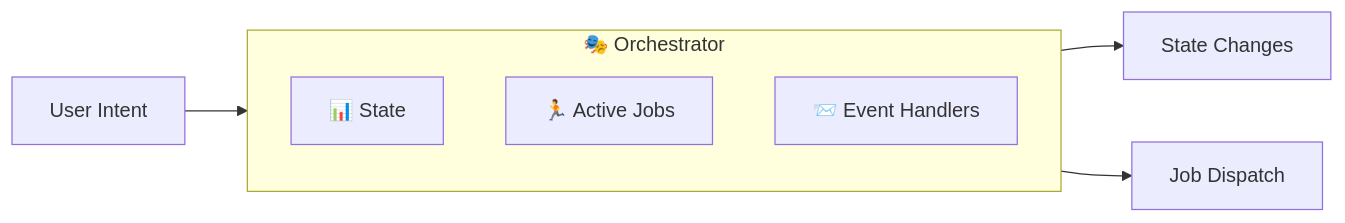
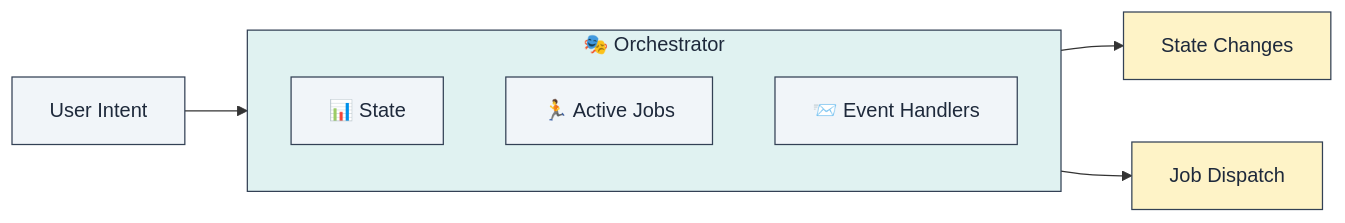
Before and after one commit to lploc94/flutter_orchestrator: the fifth of 11 diagrams in book/chapters/02_architecture_concepts.md, drawn with Mermaid. The commit also changed other lines of this file and 3 other files, not shown here.

````diff
--- a/book/chapters/02_architecture_concepts.md
+++ b/book/chapters/02_architecture_concepts.md
@@ -154,12 +169,20 @@
 ```mermaid
 graph LR
     subgraph Orchestrator["🎭 Orchestrator"]
         State["📊 State"]
         ActiveJobs["🏃 Active Jobs"]
         Handlers["📨 Event Handlers"]
     end
     
     Input["User Intent"] --> Orchestrator
     Orchestrator --> Output["State Changes"]
     Orchestrator --> Jobs["Job Dispatch"]
+    
+    style Orchestrator fill:#e0f2f1,stroke:#334155,color:#1e293b
+    style State fill:#f1f5f9,stroke:#334155,color:#1e293b
+    style ActiveJobs fill:#f1f5f9,stroke:#334155,color:#1e293b
+    style Handlers fill:#f1f5f9,stroke:#334155,color:#1e293b
+    style Input fill:#f1f5f9,stroke:#334155,color:#1e293b
+    style Output fill:#fef3c7,stroke:#334155,color:#1e293b
+    style Jobs fill:#fef3c7,stroke:#334155,color:#1e293b
 ```
````
